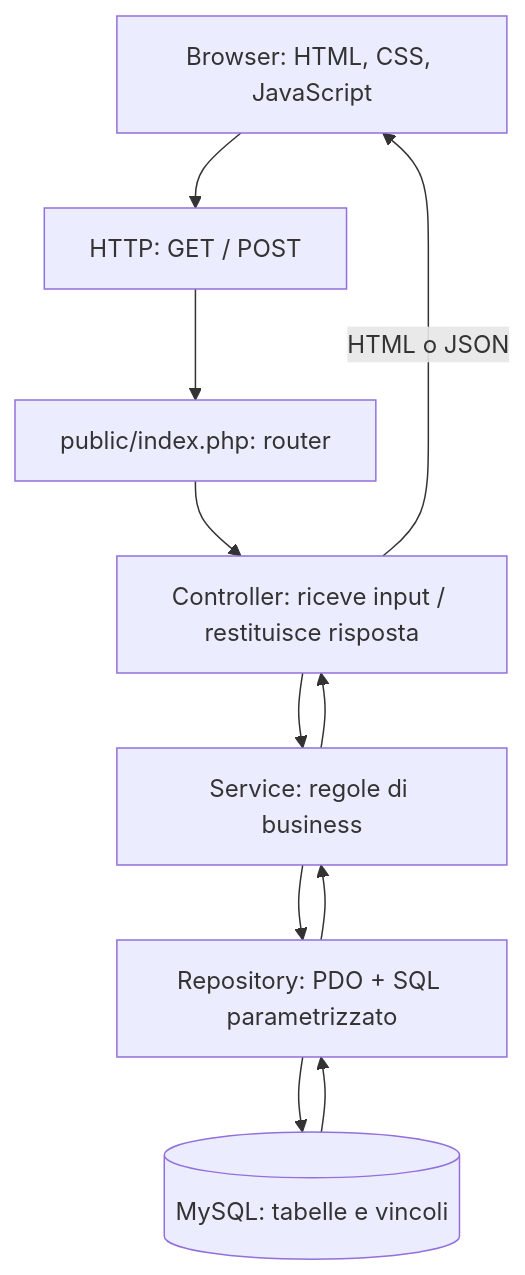
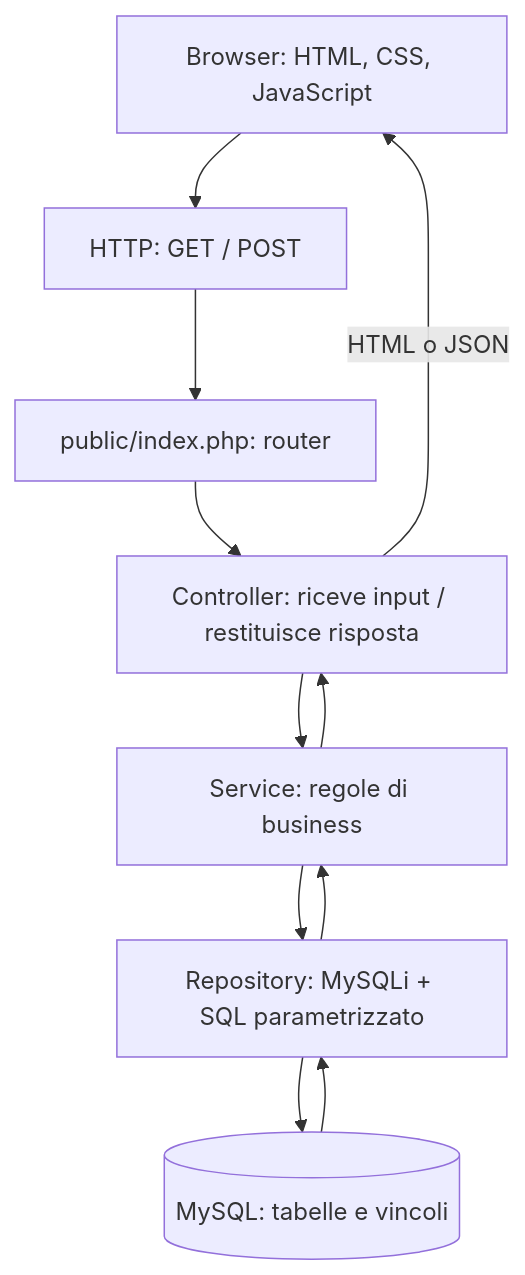
Before and after one commit to TitanGra16/Progetto_Agile: the diagram in docs/FitSlot_GUIDA_COMPLETA_PHP_SPRINT1.md, drawn with Mermaid. The commit also changed other lines of this file and 25 other files, not shown here.

````diff
--- a/docs/FitSlot_GUIDA_COMPLETA_PHP_SPRINT1.md
+++ b/docs/FitSlot_GUIDA_COMPLETA_PHP_SPRINT1.md
@@ -80,12 +80,12 @@
 ```mermaid
 flowchart TD
     A["Browser: HTML, CSS, JavaScript"]
     B["HTTP: GET / POST"]
     C["public/index.php: router"]
     D["Controller: riceve input / restituisce risposta"]
     E["Service: regole di business"]
-    F["Repository: PDO + SQL parametrizzato"]
+    F["Repository: MySQLi + SQL parametrizzato"]
     G[("MySQL: tabelle e vincoli")]
     A --> B --> C --> D --> E --> F --> G
     G --> F --> E --> D -->|"HTML o JSON"| A
 ```
````
